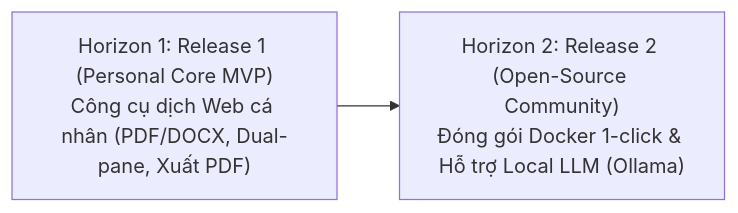
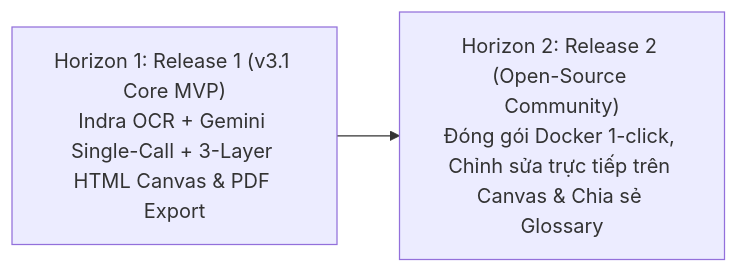
One commit to phamvantienkiz/paper-translation changed the diagram in docs/business/roadmap.md. Above: the diagram before and after it, drawn with Mermaid. The commit also changed other lines of this file and 23 other files, not shown here.

````diff
--- a/docs/business/roadmap.md
+++ b/docs/business/roadmap.md
@@ -15,4 +13,4 @@
 ```mermaid
 flowchart LR
-    H1["Horizon 1: Release 1 (Personal Core MVP)<br>Công cụ dịch Web cá nhân (PDF/DOCX, Dual-pane, Xuất PDF)"] --> H2["Horizon 2: Release 2 (Open-Source Community)<br>Đóng gói Docker 1-click & Hỗ trợ Local LLM (Ollama)"]
+    H1["Horizon 1: Release 1 (v3.1 Core MVP)<br>Indra OCR + Gemini Single-Call + 3-Layer HTML Canvas & PDF Export"] --> H2["Horizon 2: Release 2 (Open-Source Community)<br>Đóng gói Docker 1-click, Chỉnh sửa trực tiếp trên Canvas & Chia sẻ Glossary"]
 ```
````
